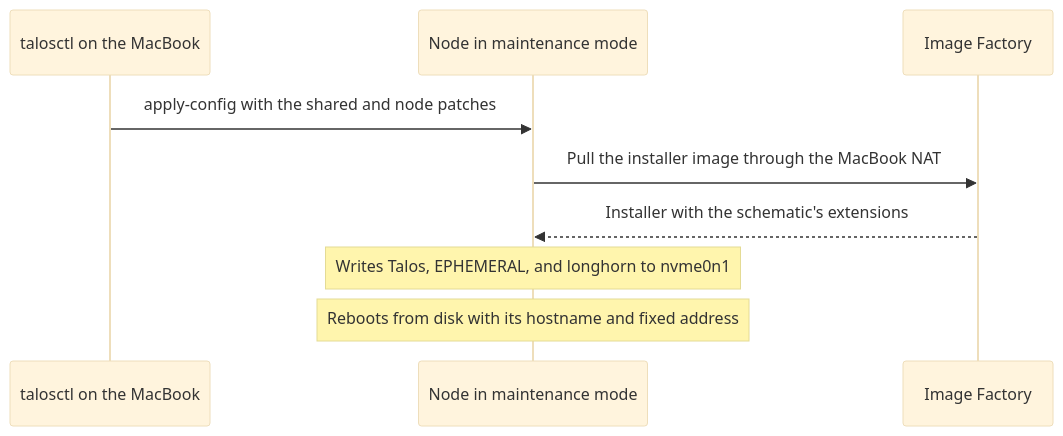
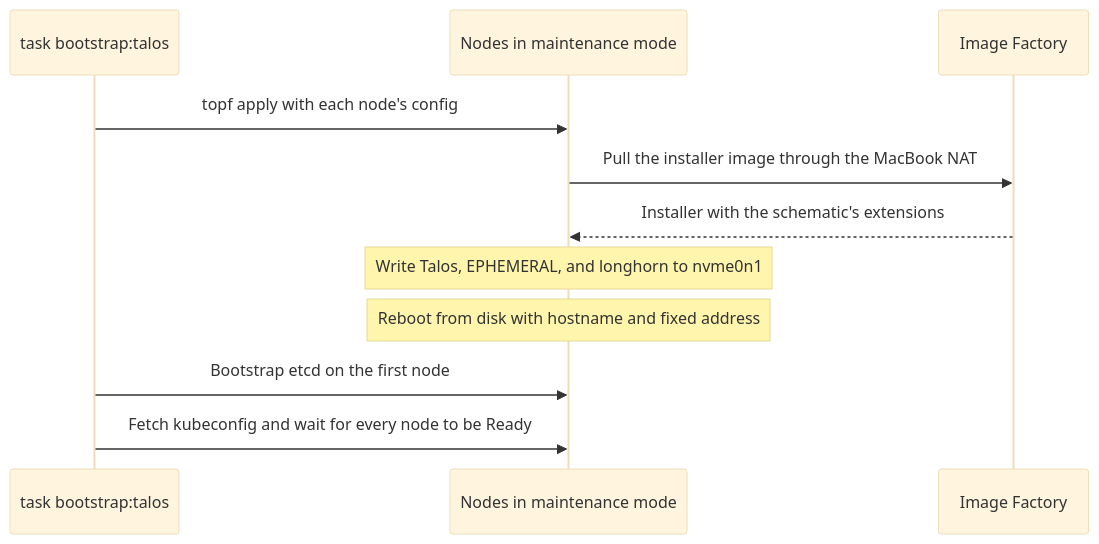
One commit to codecio/home-ops changed the third of 3 diagrams in README.md. Above: the diagram before and after it, drawn with Mermaid (base theme). The commit also changed other lines of this file and 17 other files, not shown here.

First line of the commit message:
feat: manage the lab and talos through task and topf

````diff
--- a/README.md
+++ b/README.md
@@ -94,11 +96,13 @@
 ```mermaid
 sequenceDiagram
-  participant T as talosctl on the MacBook
-  participant N as Node in maintenance mode
+  participant T as task bootstrap:talos
+  participant N as Nodes in maintenance mode
   participant F as Image Factory
-  T->>N: apply-config with the shared and node patches
+  T->>N: topf apply with each node's config
   N->>F: Pull the installer image through the MacBook NAT
   F-->>N: Installer with the schematic's extensions
-  Note over N: Writes Talos, EPHEMERAL, and longhorn to nvme0n1
-  Note over N: Reboots from disk with its hostname and fixed address
+  Note over N: Write Talos, EPHEMERAL, and longhorn to nvme0n1
+  Note over N: Reboot from disk with hostname and fixed address
+  T->>N: Bootstrap etcd on the first node
+  T->>N: Fetch kubeconfig and wait for every node to be Ready
 ```
````
